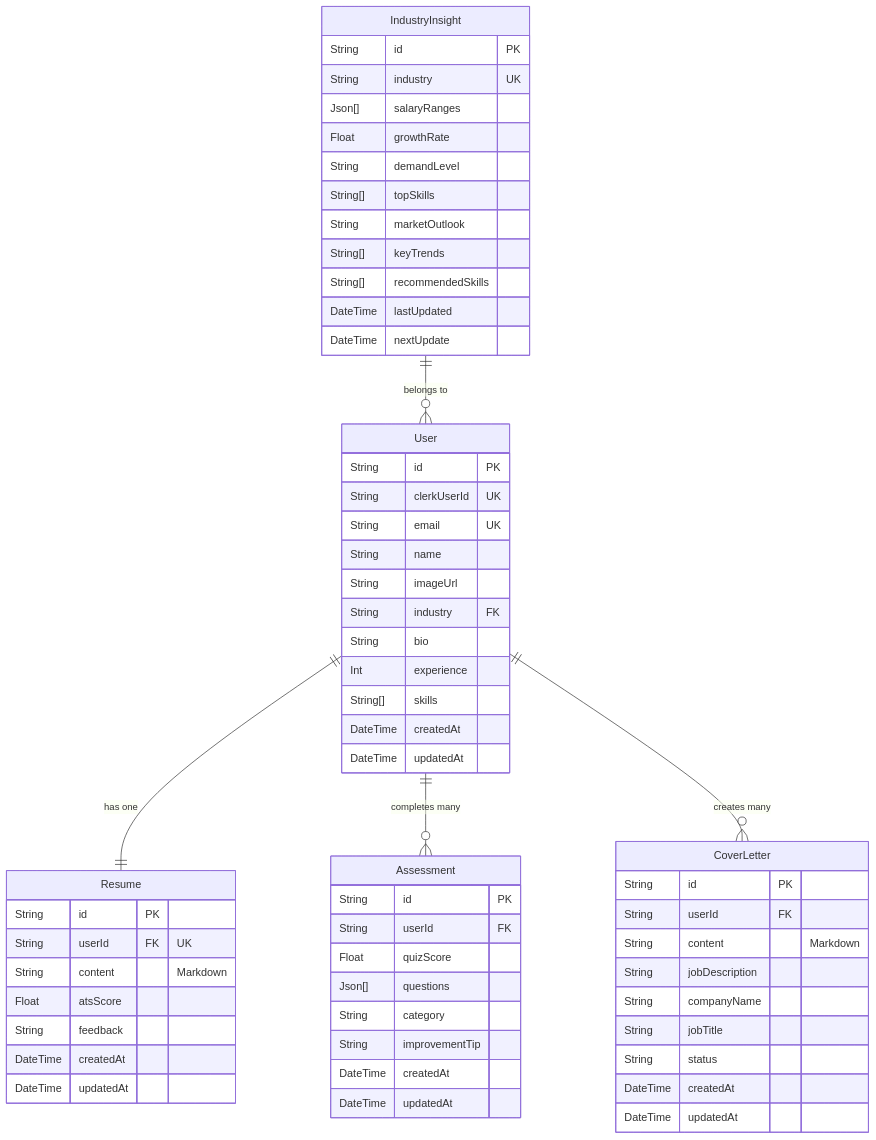
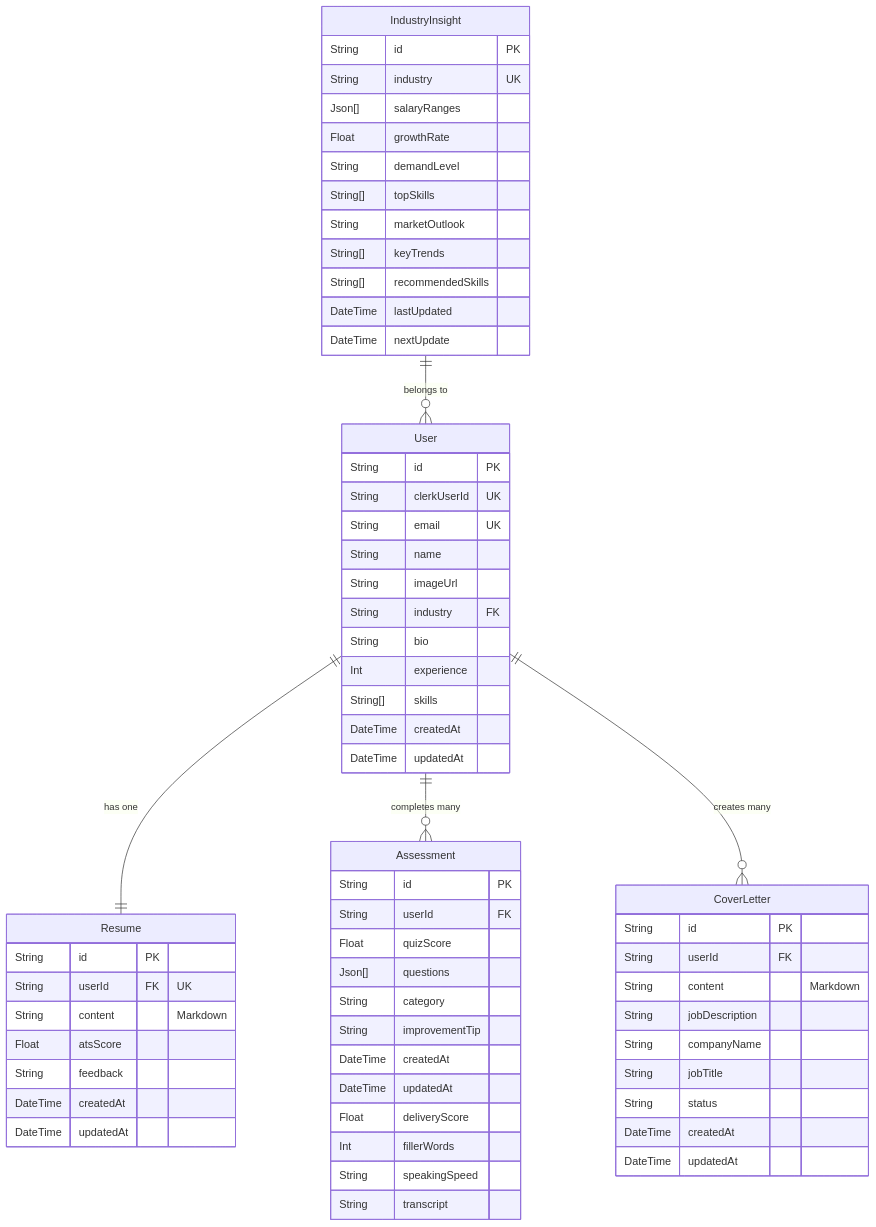
One commit to SivansRawat/Job-Mentor-AI changed the diagram in README.md. Above: the diagram before and after it, drawn with Mermaid. The commit also changed other lines of this file, not shown here.

Commit message:
Update Assessment database models inside README.md Mermaid diagram

````diff
--- a/README.md
+++ b/README.md
@@ -111,68 +116,72 @@
 ```mermaid
 erDiagram
     User ||--|| Resume : "has one"
     User ||--o{ Assessment : "completes many"
     User ||--o{ CoverLetter : "creates many"
     IndustryInsight ||--o{ User : "belongs to"
 
     User {
         String id PK
         String clerkUserId UK
         String email UK
         String name
         String imageUrl
         String industry FK
         String bio
         Int experience
         String[] skills
         DateTime createdAt
         DateTime updatedAt
     }
 
     Assessment {
         String id PK
         String userId FK
         Float quizScore
         Json[] questions
         String category
         String improvementTip
         DateTime createdAt
         DateTime updatedAt
+        Float deliveryScore
+        Int fillerWords
+        String speakingSpeed
+        String transcript
     }
 
     Resume {
         String id PK
         String userId FK "UK"
         String content "Markdown"
         Float atsScore
         String feedback
         DateTime createdAt
         DateTime updatedAt
     }
 
     CoverLetter {
         String id PK
         String userId FK
         String content "Markdown"
         String jobDescription
         String companyName
         String jobTitle
         String status
         DateTime createdAt
         DateTime updatedAt
     }
 
     IndustryInsight {
         String id PK
         String industry UK
         Json[] salaryRanges
         Float growthRate
         String demandLevel
         String[] topSkills
         String marketOutlook
         String[] keyTrends
         String[] recommendedSkills
         DateTime lastUpdated
         DateTime nextUpdate
     }
 ```
````
